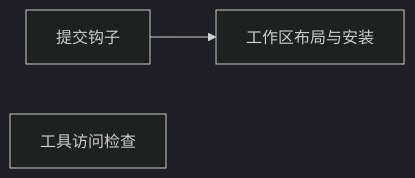
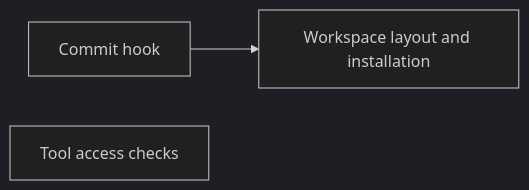
Before and after one commit to Curry09/AHE-Beta: the diagram in docs/specs/0015-dev-overfit-isolation.md, drawn with Mermaid (dark theme). The commit also changed other lines of this file and 531 other files, not shown here.

````diff
--- a/docs/specs/0015-dev-overfit-isolation.md
+++ b/docs/specs/0015-dev-overfit-isolation.md
@@ -71,5 +71,5 @@
 ```mermaid
 flowchart LR
-    T1[提交钩子] --> T2[工作区布局与安装]
-    T3[工具访问检查]
+    T1[Commit hook] --> T2[Workspace layout and installation]
+    T3[Tool access checks]
 ```
````
